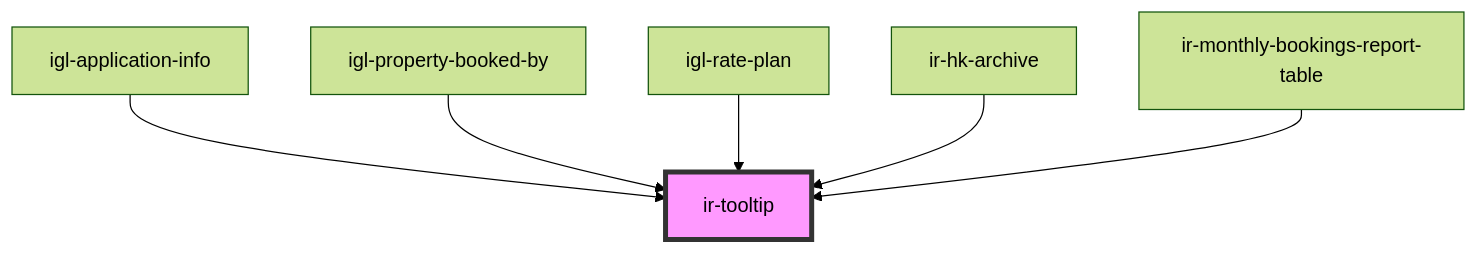
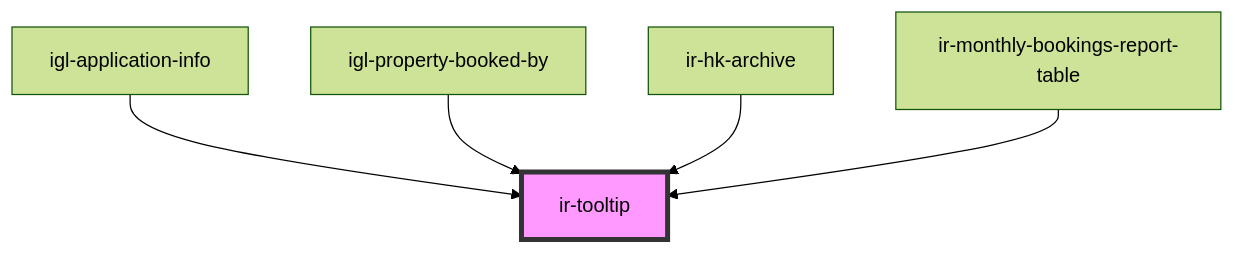
One commit to David1Chowaifaty/modified-ir-webcmp changed the diagram in src/components/ui/ir-tooltip/readme.md. Above: the diagram before and after it, drawn with Mermaid (forest theme). The commit also changed other lines of this file and 28 other files, not shown here.

````diff
--- a/src/components/ui/ir-tooltip/readme.md
+++ b/src/components/ui/ir-tooltip/readme.md
@@ -31,9 +30,8 @@
 ```mermaid
 graph TD;
   igl-application-info --> ir-tooltip
   igl-property-booked-by --> ir-tooltip
-  igl-rate-plan --> ir-tooltip
   ir-hk-archive --> ir-tooltip
   ir-monthly-bookings-report-table --> ir-tooltip
   style ir-tooltip fill:#f9f,stroke:#333,stroke-width:4px
 ```
````
